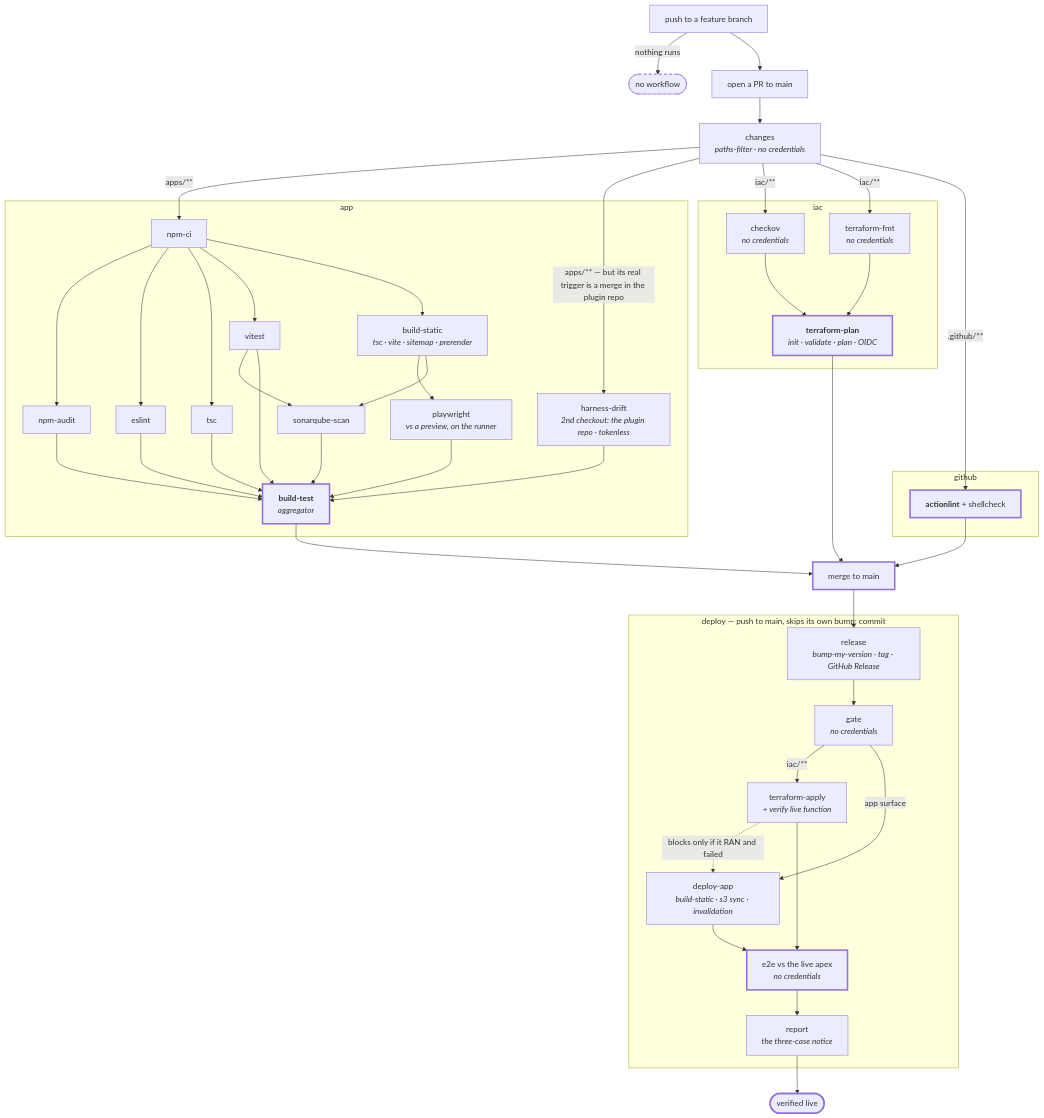
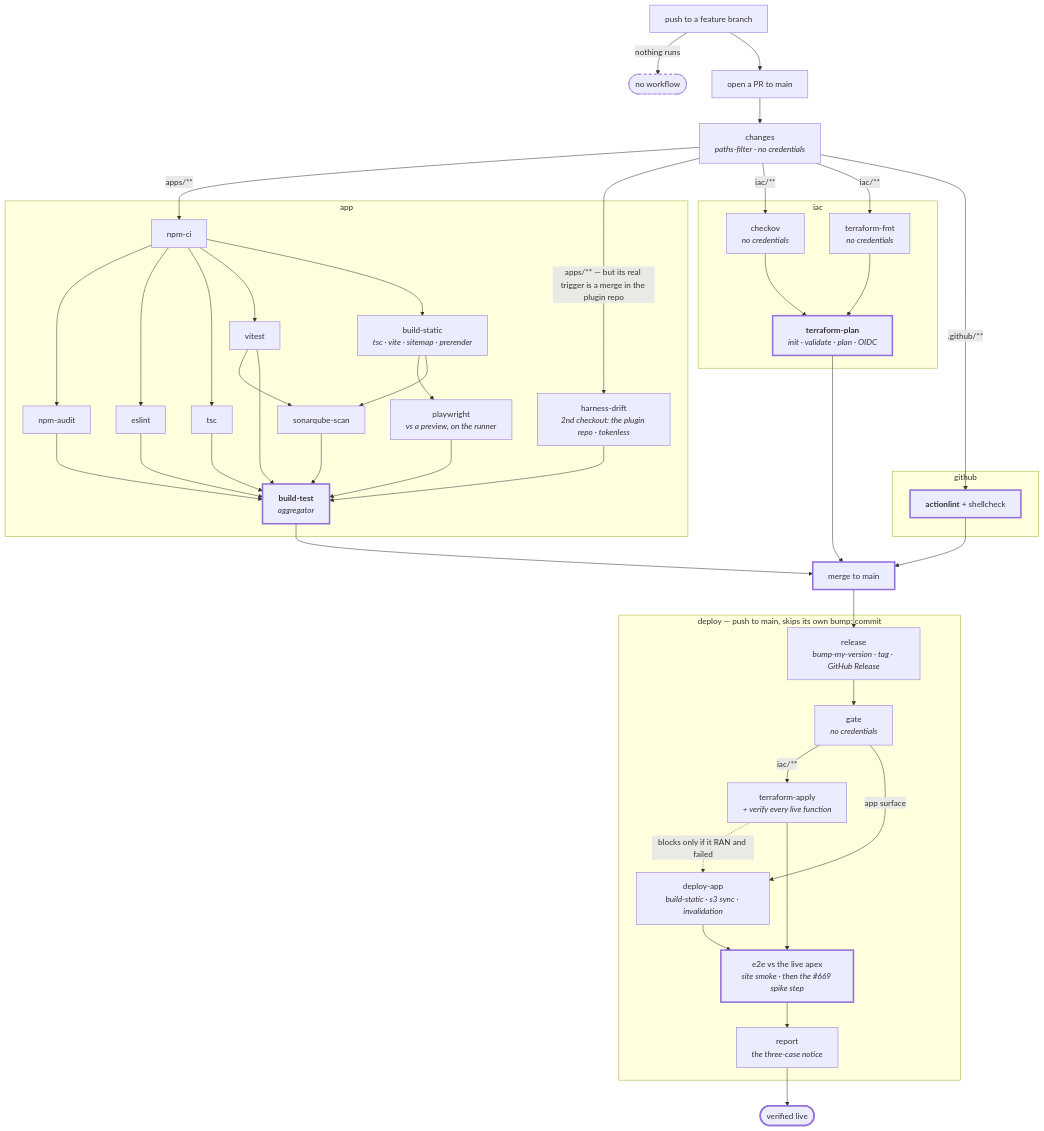
The diagram in .github/workflows/README.md (tedeuxx/tadeumendonca-io), drawn with Mermaid before and after one commit. The commit also changed other lines of this file and 3 other files, not shown here.

First line of the commit message:
ci(deploy): run the locale-hint spike as its own post-deploy step

````diff
--- a/.github/workflows/README.md
+++ b/.github/workflows/README.md
@@ -14,70 +14,70 @@
 ```mermaid
 flowchart TD
     A["push to a feature branch"] -->|"nothing runs"| A2(["no workflow"])
     A --> B["open a PR to main"]
 
     B --> CH["changes<br/><i>paths-filter · no credentials</i>"]
 
     subgraph appwf["app"]
         NC["npm-ci"]
         NC --> NA["npm-audit"]
         NC --> ES["eslint"]
         NC --> TS["tsc"]
         NC --> VI["vitest"]
         NC --> BS["build-static<br/><i>tsc · vite · sitemap · prerender</i>"]
         BS --> PW["playwright<br/><i>vs a preview, on the runner</i>"]
         VI --> SQ["sonarqube-scan"]
         BS --> SQ
         HD["harness-drift<br/><i>2nd checkout: the plugin repo · tokenless</i>"]
         NA --> GATE["<b>build-test</b><br/><i>aggregator</i>"]
         ES --> GATE
         TS --> GATE
         VI --> GATE
         PW --> GATE
         HD --> GATE
         SQ --> GATE
     end
 
     subgraph iacwf["iac"]
         CK["checkov<br/><i>no credentials</i>"]
         TF["terraform-fmt<br/><i>no credentials</i>"]
         CK --> TP["<b>terraform-plan</b><br/><i>init · validate · plan · OIDC</i>"]
         TF --> TP
     end
 
     subgraph ghwf["github"]
         AL["<b>actionlint</b> + shellcheck"]
     end
 
     CH -->|"apps/**"| NC
     CH -->|"apps/** — but its real trigger is a merge in the plugin repo"| HD
     CH -->|"iac/**"| CK
     CH -->|"iac/**"| TF
     CH -->|".github/**"| AL
 
     GATE --> M["merge to main"]
     TP --> M
     AL --> M
 
     subgraph deploywf["deploy — push to main, skips its own bump: commit"]
         RE["release<br/><i>bump-my-version · tag · GitHub Release</i>"]
         RE --> DG["gate<br/><i>no credentials</i>"]
-        DG -->|"iac/**"| TA["terraform-apply<br/><i>+ verify live function</i>"]
+        DG -->|"iac/**"| TA["terraform-apply<br/><i>+ verify every live function</i>"]
         DG -->|"app surface"| DA["deploy-app<br/><i>build-static · s3 sync · invalidation</i>"]
         TA -.->|"blocks only if it RAN and failed"| DA
-        TA --> E2["e2e vs the live apex<br/><i>no credentials</i>"]
+        TA --> E2["e2e vs the live apex<br/><i>site smoke · then the #669 spike step</i>"]
         DA --> E2
         E2 --> RP["report<br/><i>the three-case notice</i>"]
     end
 
     M --> RE
     RP --> LIVE(["verified live"])
 
     style A2 stroke-dasharray: 5 5
     style GATE stroke-width:3px
     style TP stroke-width:3px
     style AL stroke-width:3px
     style M stroke-width:3px
     style LIVE stroke-width:3px
     style E2 stroke-width:3px
 ```
````
